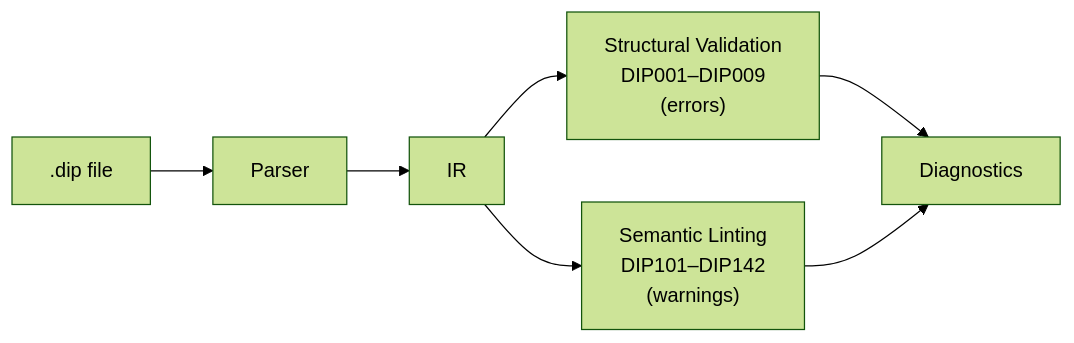
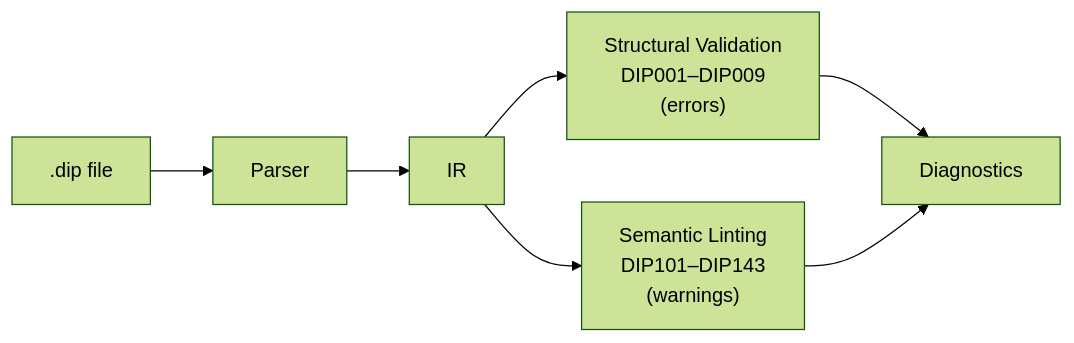
Before and after one commit to 2389-research/dippin-lang: the diagram in docs/validation.md, drawn with Mermaid (forest theme). The commit also changed other lines of this file and 9 other files, not shown here.

````diff
--- a/docs/validation.md
+++ b/docs/validation.md
@@ -10,9 +10,9 @@
 ```mermaid
 graph LR
     SRC[".dip file"] --> PARSE["Parser"]
     PARSE --> IR["IR"]
     IR --> VAL["Structural Validation<br>DIP001–DIP009<br>(errors)"]
-    IR --> LINT["Semantic Linting<br>DIP101–DIP142<br>(warnings)"]
+    IR --> LINT["Semantic Linting<br>DIP101–DIP143<br>(warnings)"]
     VAL --> DIAG["Diagnostics"]
     LINT --> DIAG
 ```
````
